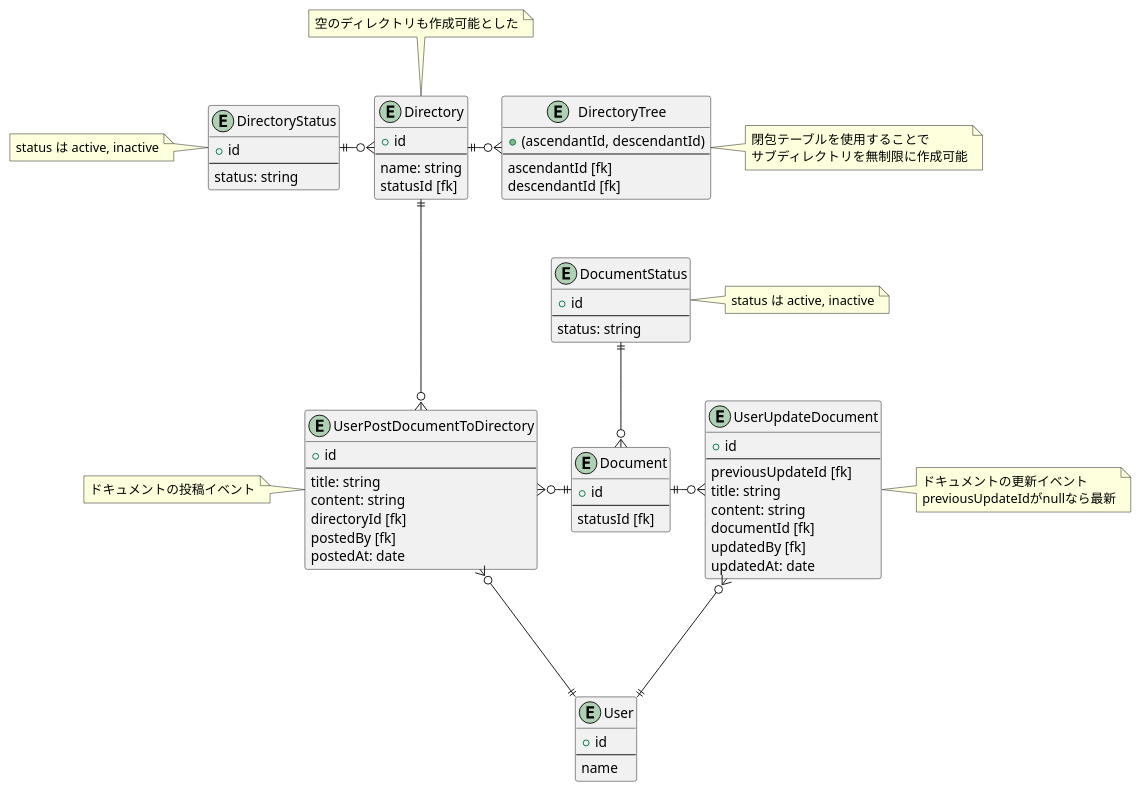
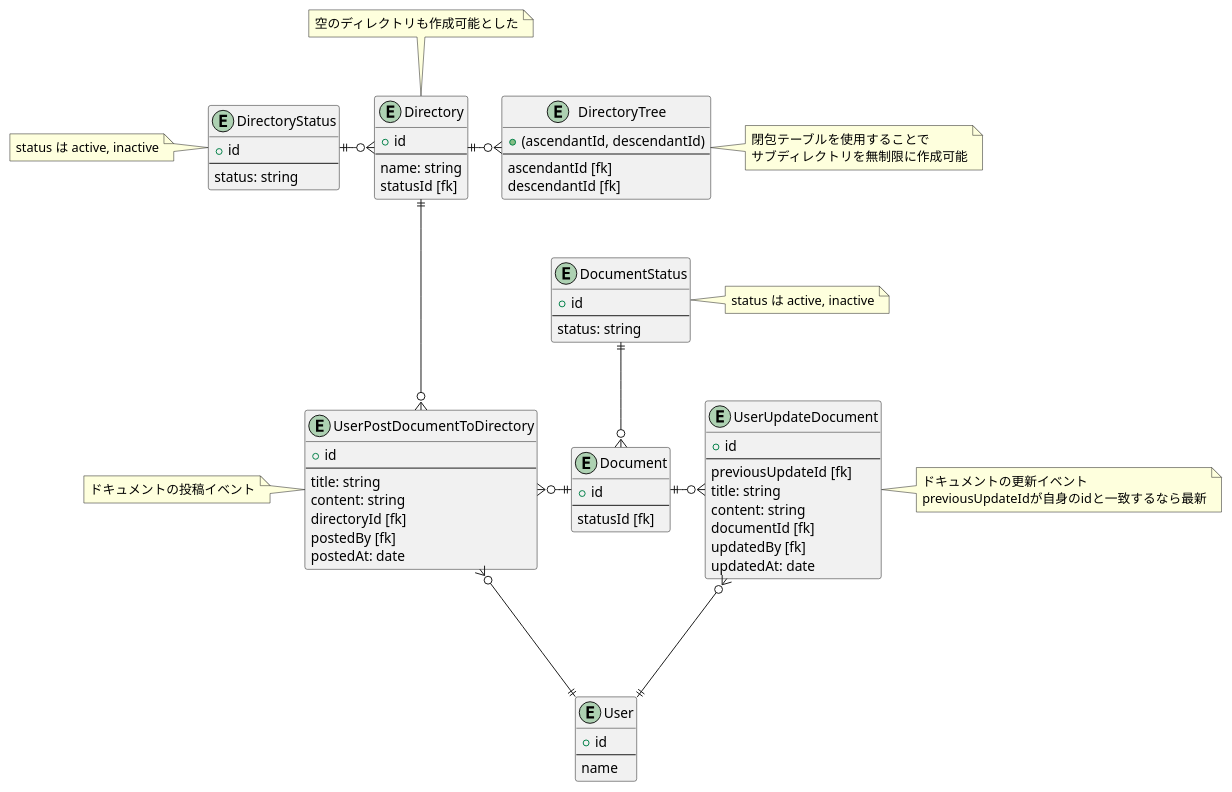
Before and after one commit to sushidesu/prahachallenge: the first of 2 diagrams in 03_データベース/16_DBモデリング3/DBモデリング3.md, drawn with PlantUML. The commit also changed other lines of this file, not shown here.

```diff
--- a/03_データベース/16_DBモデリング3/DBモデリング3.md
+++ b/03_データベース/16_DBモデリング3/DBモデリング3.md
@@ -91,7 +91,7 @@
 }
 note right
 ドキュメントの更新イベント
-previousUpdateIdがnullなら最新
+previousUpdateIdが自身のidと一致するなら最新
 end note
 
 Document ||-o{ UserUpdateDocument
```
